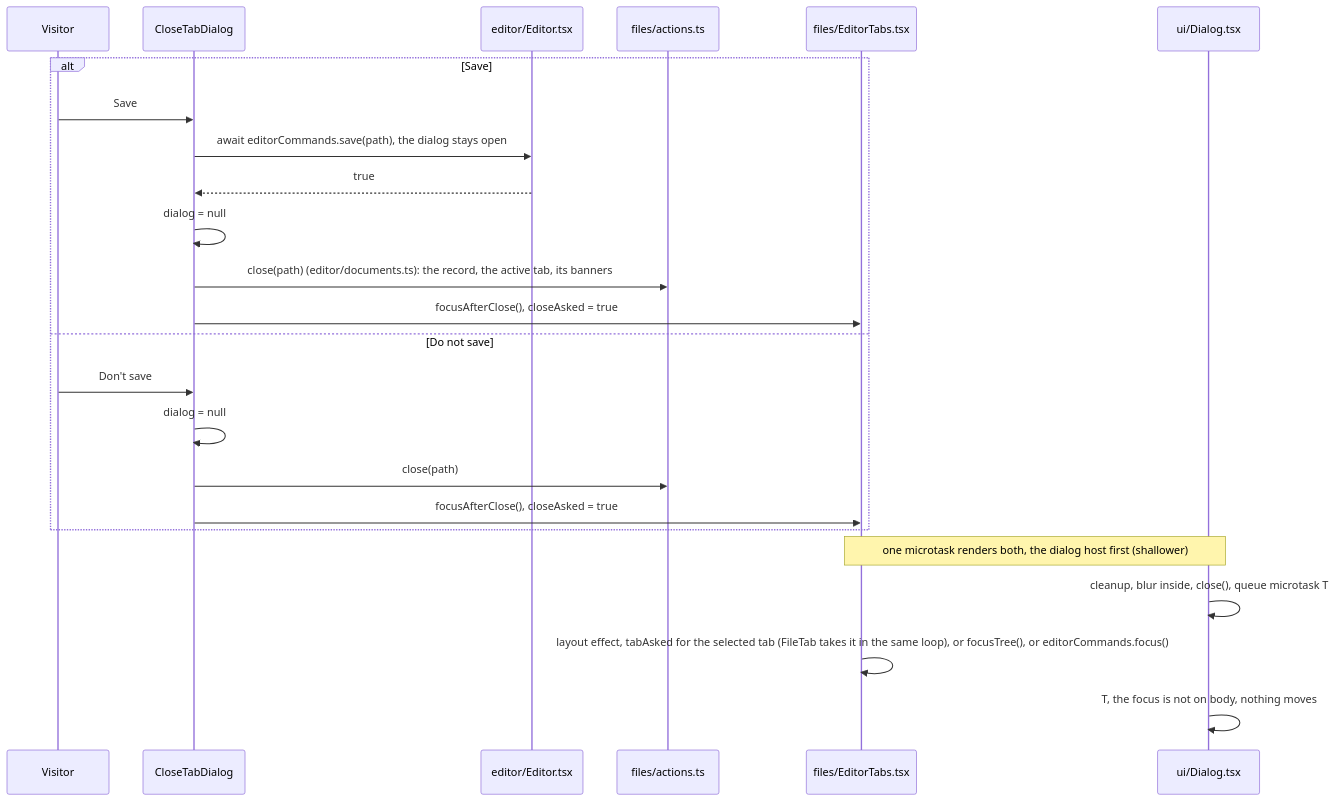
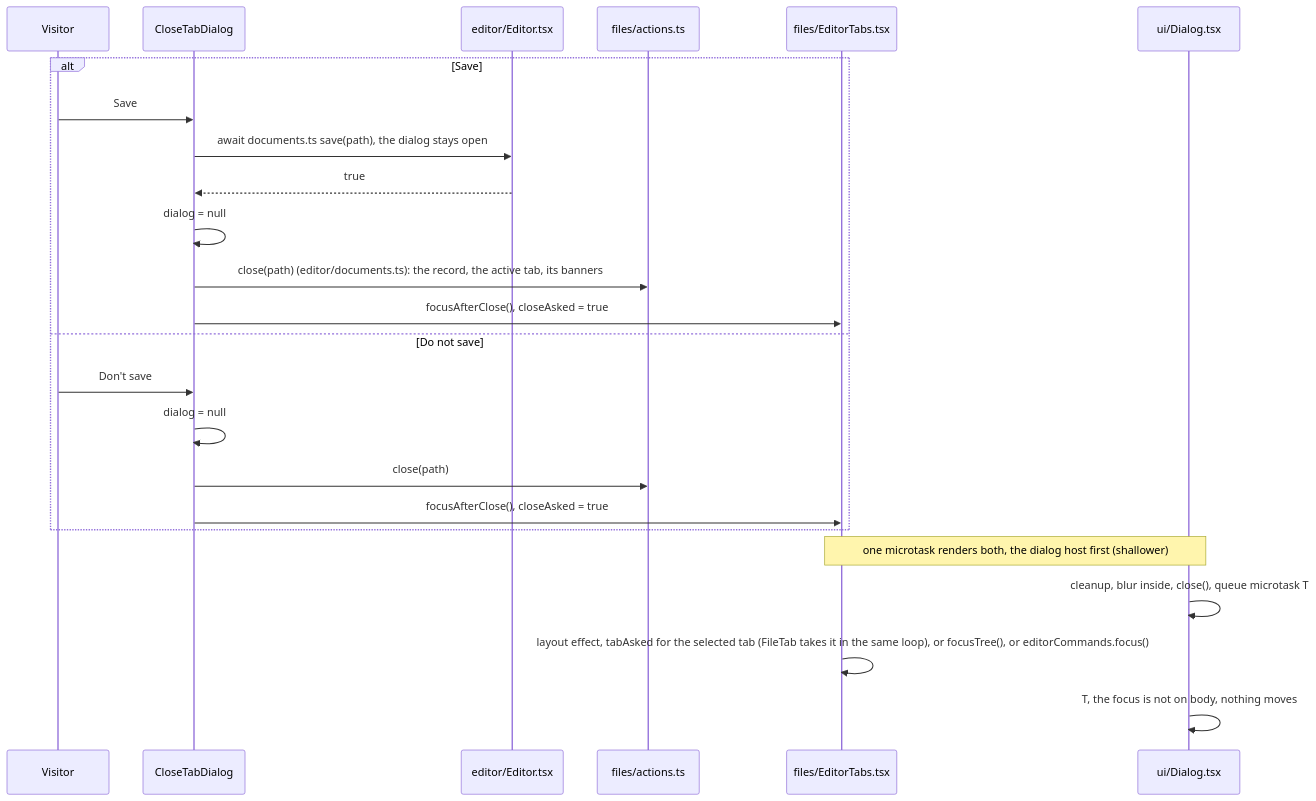
One commit to jeffzyliu/dofile changed the fifth of 9 diagrams in docs/web-page-flows.md. Above: the diagram before and after it, drawn with Mermaid. The commit also changed other lines of this file and 2 other files, not shown here.

Commit message:
docs: SPEC states the Save rule and its open case; Save named in documents.ts in SPEC, web-page-flows and test-map (save.test.ts)

````diff
--- a/docs/web-page-flows.md
+++ b/docs/web-page-flows.md
@@ -241,26 +241,26 @@
 ```mermaid
 sequenceDiagram
   participant V as Visitor
   participant CT as CloseTabDialog
   participant Ed as editor/Editor.tsx
   participant A as files/actions.ts
   participant ET as files/EditorTabs.tsx
   participant D as ui/Dialog.tsx
   alt Save
     V->>CT: Save
-    CT->>Ed: await editorCommands.save(path), the dialog stays open
+    CT->>Ed: await documents.ts save(path), the dialog stays open
     Ed-->>CT: true
     CT->>CT: dialog = null
     CT->>A: close(path) (editor/documents.ts): the record, the active tab, its banners
     CT->>ET: focusAfterClose(), closeAsked = true
   else Do not save
     V->>CT: Don't save
     CT->>CT: dialog = null
     CT->>A: close(path)
     CT->>ET: focusAfterClose(), closeAsked = true
   end
   Note over D,ET: one microtask renders both, the dialog host first (shallower)
   D->>D: cleanup, blur inside, close(), queue microtask T
   ET->>ET: layout effect, tabAsked for the selected tab (FileTab takes it in the same loop), or focusTree(), or editorCommands.focus()
   D->>D: T, the focus is not on body, nothing moves
 ```
````
